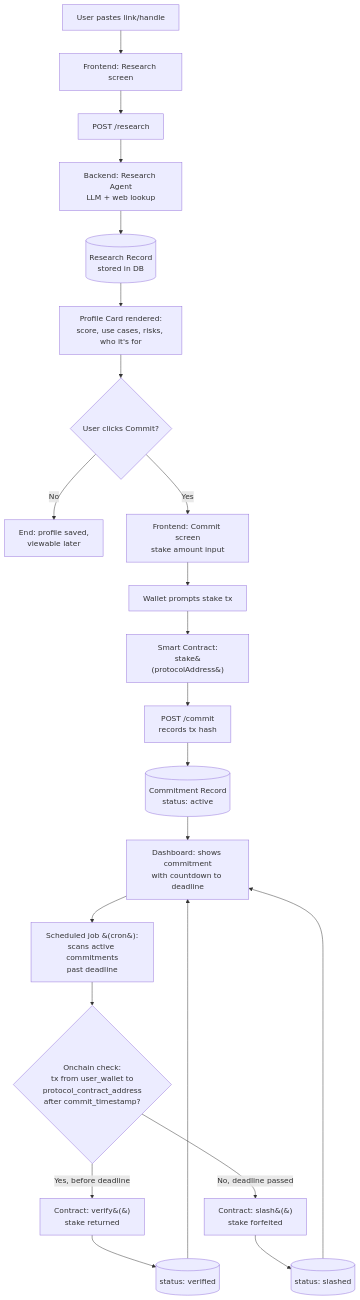
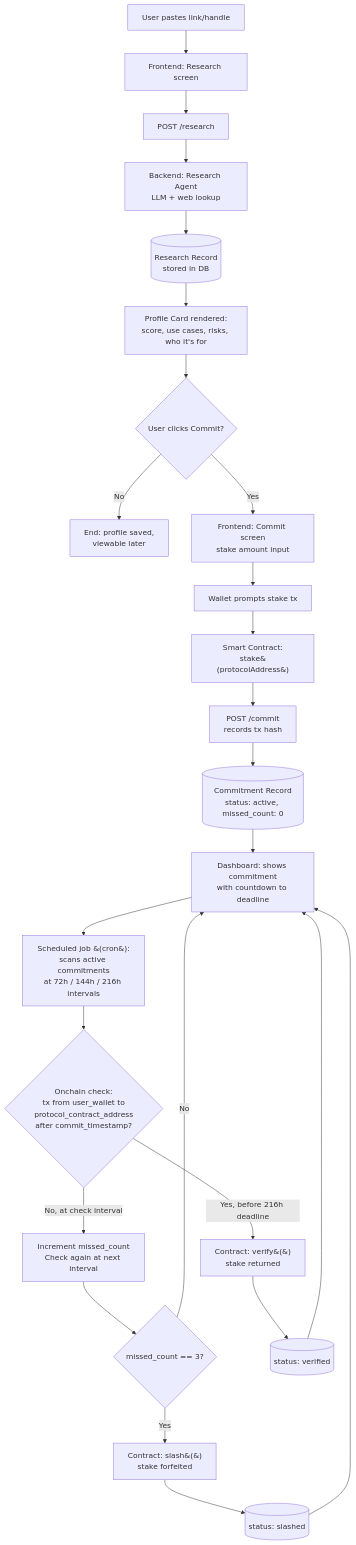
One commit to tobiawolaju/KYP changed the first of 2 diagrams in Architecture.MD. Above: the diagram before and after it, drawn with Mermaid. The commit also changed other lines of this file and 32 other files, not shown here.

First line of the commit message:
Full stack integration: real contract calls, backend persistence, API client, structured protocol schema, worker, favorites, protocols endpoints

````diff
--- a/Architecture.MD
+++ b/Architecture.MD
@@ -83,24 +87,27 @@
 ```mermaid
 flowchart TD
     A[User pastes link/handle] --> B[Frontend: Research screen]
     B --> C[POST /research]
     C --> D[Backend: Research Agent<br/>LLM + web lookup]
     D --> E[(Research Record<br/>stored in DB)]
     E --> F[Profile Card rendered:<br/>score, use cases, risks, who it's for]
     F --> G{User clicks Commit?}
     G -- No --> H[End: profile saved,<br/>viewable later]
     G -- Yes --> I[Frontend: Commit screen<br/>stake amount input]
     I --> J[Wallet prompts stake tx]
     J --> K[Smart Contract:<br/>stake&#40;protocolAddress&#41;]
     K --> L[POST /commit<br/>records tx hash]
-    L --> M[(Commitment Record<br/>status: active)]
+    L --> M[(Commitment Record<br/>status: active, missed_count: 0)]
     M --> N[Dashboard: shows commitment<br/>with countdown to deadline]
-    N --> O[Scheduled job &#40;cron&#41;:<br/>scans active commitments<br/>past deadline]
+    N --> O[Scheduled job &#40;cron&#41;:<br/>scans active commitments<br/>at 72h / 144h / 216h intervals]
     O --> P{Onchain check:<br/>tx from user_wallet to<br/>protocol_contract_address<br/>after commit_timestamp?}
-    P -- Yes, before deadline --> Q[Contract: verify&#40;&#41;<br/>stake returned]
-    P -- No, deadline passed --> R[Contract: slash&#40;&#41;<br/>stake forfeited]
-    Q --> S[(status: verified)]
-    R --> T[(status: slashed)]
-    S --> N
-    T --> N
+    P -- Yes, before 216h deadline --> Q[Contract: verify&#40;&#41;<br/>stake returned]
+    P -- No, at check interval --> R[Increment missed_count<br/>Check again at next interval]
+    R --> S{missed_count == 3?}
+    S -- No --> N
+    S -- Yes --> T[Contract: slash&#40;&#41;<br/>stake forfeited]
+    Q --> U[(status: verified)]
+    T --> V[(status: slashed)]
+    U --> N
+    V --> N
 ```
````
